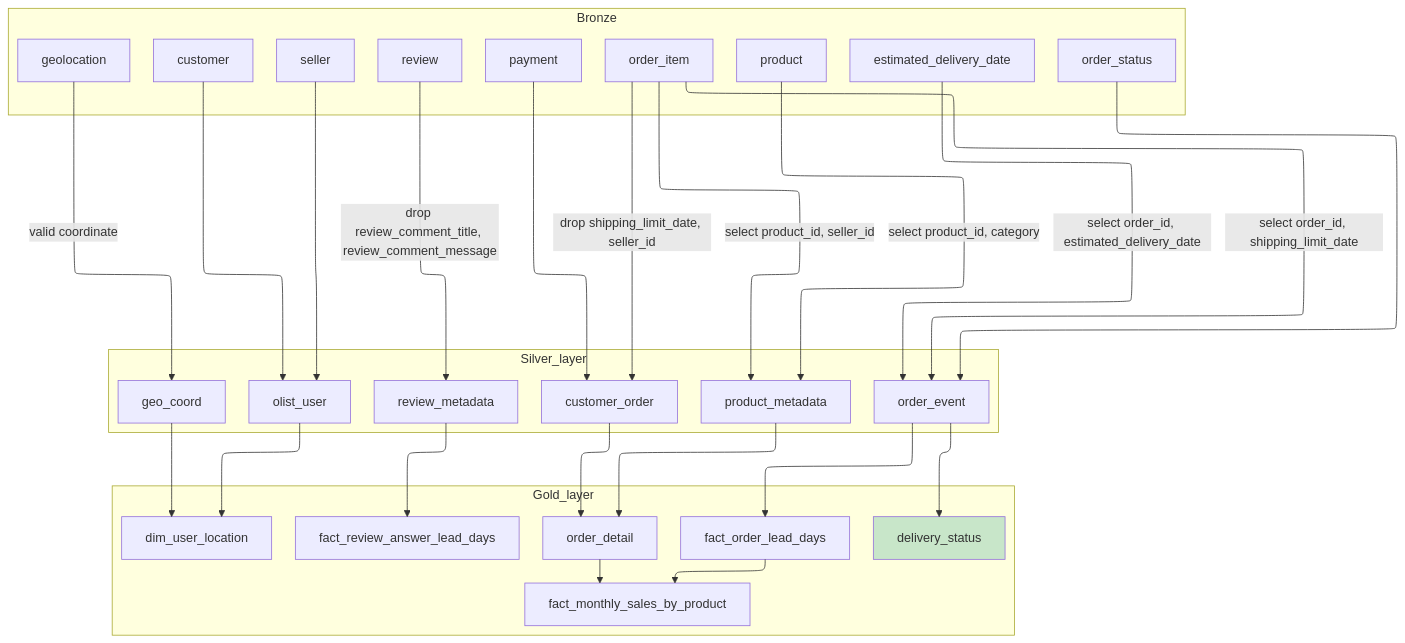
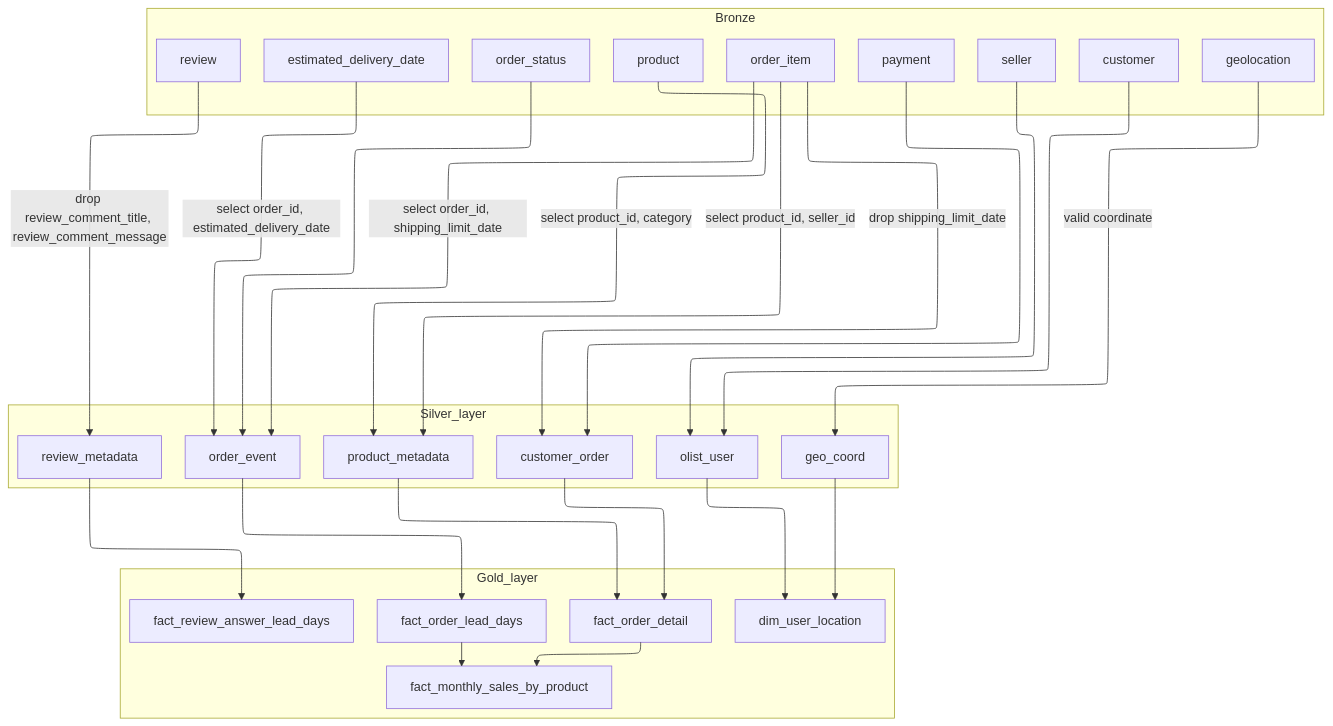
One commit to jmhwang-dev/e-commerce changed the diagram in docs/pipeline.mmd. Above: the diagram before and after it, drawn with Mermaid. The commit also changed 6 other files, not shown here.

Commit message:
fix(docs): erd for medallio layer

```diff
--- a/docs/pipeline.mmd
+++ b/docs/pipeline.mmd
@@ -1,52 +1,51 @@
 ---
 config:
   layout: elk
+  theme: default
 ---
-flowchart TD
+flowchart TB
  subgraph Kafka_Topics["Bronze"]
         order_status["order_status"]
         order_item["order_item"]
         estimated_delivery_date["estimated_delivery_date"]
         product["product"]
         payment["payment"]
         customer["customer"]
         seller["seller"]
         geolocation["geolocation"]
         review["review"]
   end
  subgraph Silver_layer["Silver_layer"]
         order_event["order_event"]
         customer_order["customer_order"]
         product_metadata["product_metadata"]
         olist_user["olist_user"]
         geo_coord["geo_coord"]
         review_metadata["review_metadata"]
   end
  subgraph Gold_layer["Gold_layer"]
         fact_order_lead_days["fact_order_lead_days"]
-        order_detail["order_detail"]
+        fact_order_detail["fact_order_detail"]
         dim_user_location["dim_user_location"]
         fact_monthly_sales_by_product["fact_monthly_sales_by_product"]
         fact_review_answer_lead_days["fact_review_answer_lead_days"]
-        delivery_status["delivery_status"]
   end
     order_status --> order_event
-    order_item -- drop shipping_limit_date, seller_id --> customer_order
+    order_item -- drop shipping_limit_date --> customer_order
     order_item -- select order_id, shipping_limit_date --> order_event
     estimated_delivery_date -- select order_id, estimated_delivery_date --> order_event
     product -- select product_id, category --> product_metadata
     review -- drop review_comment_title, review_comment_message --> review_metadata
     review_metadata --> fact_review_answer_lead_days
-    order_event --> fact_order_lead_days & delivery_status
+    order_event --> fact_order_lead_days
     order_item -- select product_id, seller_id --> product_metadata
     payment --> customer_order
-    product_metadata --> order_detail
-    customer_order --> order_detail
+    product_metadata --> fact_order_detail
+    customer_order --> fact_order_detail
     fact_order_lead_days --> fact_monthly_sales_by_product
     olist_user --> dim_user_location
     geo_coord --> dim_user_location
     seller --> olist_user
     customer --> olist_user
     geolocation -- valid coordinate --> geo_coord
-    order_detail --> fact_monthly_sales_by_product
-    style delivery_status fill:#C8E6C9
+    fact_order_detail --> fact_monthly_sales_by_product
```
